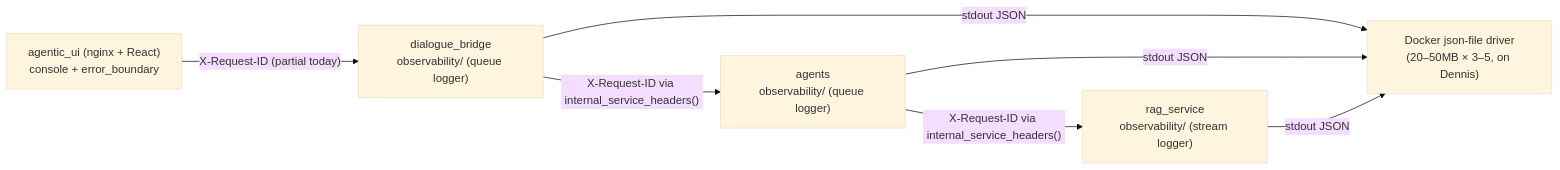
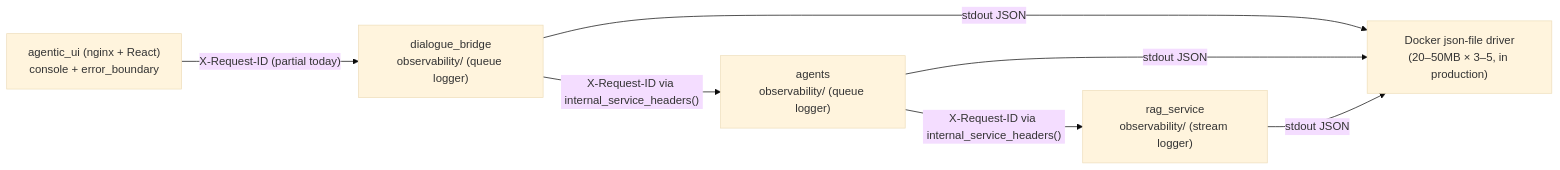
Before and after one commit to konstantinosmpouros/mAgenticX: the first of 5 diagrams in docs/development/observability.md, drawn with Mermaid (base theme). The commit also changed other lines of this file and 18 other files, not shown here.

````diff
--- a/docs/development/observability.md
+++ b/docs/development/observability.md
@@ -9,15 +9,15 @@
 ```mermaid
 flowchart LR
     UI["agentic_ui (nginx + React)\nconsole + error_boundary"]
     Bridge["dialogue_bridge\nobservability/ (queue logger)"]
     Agents["agents\nobservability/ (queue logger)"]
     Rag["rag_service\nobservability/ (stream logger)"]
-    Docker["Docker json-file driver\n(20–50MB × 3–5, on Dennis)"]
+    Docker["Docker json-file driver\n(20–50MB × 3–5, in production)"]
 
     UI -->|"X-Request-ID (partial today)"| Bridge
     Bridge -->|"X-Request-ID via internal_service_headers()"| Agents
     Agents -->|"X-Request-ID via internal_service_headers()"| Rag
     Bridge -->|"stdout JSON"| Docker
     Agents -->|"stdout JSON"| Docker
     Rag -->|"stdout JSON"| Docker
 ```
````
